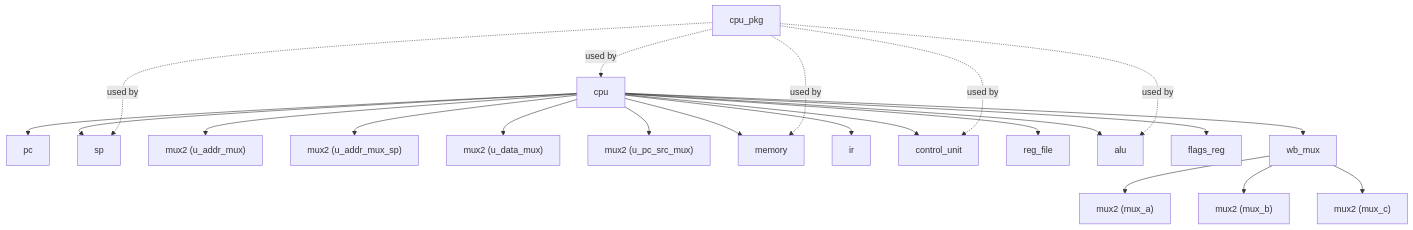
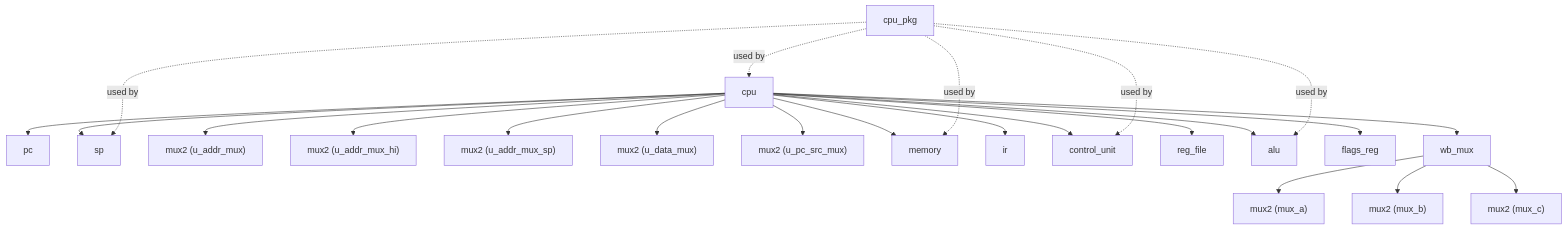
The fourth of 4 diagrams in README.md (Johnyzour/8-bit-cpu), drawn with Mermaid before and after one commit. The commit also changed other lines of this file and 7 other files, not shown here.

````diff
--- a/README.md
+++ b/README.md
@@ -542,24 +583,25 @@
 ```mermaid
 flowchart TD
     CPU["cpu"] --> PC["pc"]
     CPU --> SP["sp"]
     CPU --> AM["mux2 (u_addr_mux)"]
+    CPU --> AM3["mux2 (u_addr_mux_hi)"]
     CPU --> AM2["mux2 (u_addr_mux_sp)"]
     CPU --> DM["mux2 (u_data_mux)"]
     CPU --> PM["mux2 (u_pc_src_mux)"]
     CPU --> MEM["memory"]
     CPU --> IR["ir"]
     CPU --> CU["control_unit"]
     CPU --> RF["reg_file"]
     CPU --> ALU["alu"]
     CPU --> FL["flags_reg"]
     CPU --> WB["wb_mux"]
     WB --> M1["mux2 (mux_a)"]
     WB --> M2["mux2 (mux_b)"]
     WB --> M3["mux2 (mux_c)"]
     PKG["cpu_pkg"] -. used by .-> MEM
     PKG -. used by .-> SP
     PKG -. used by .-> CU
     PKG -. used by .-> ALU
     PKG -. used by .-> CPU
 ```
````
